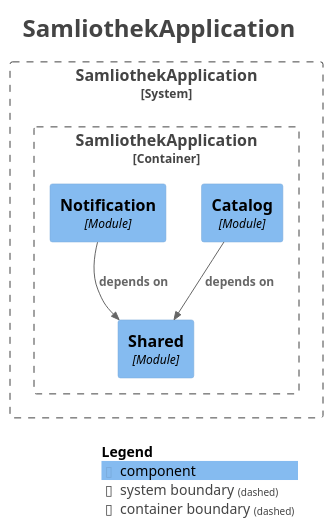
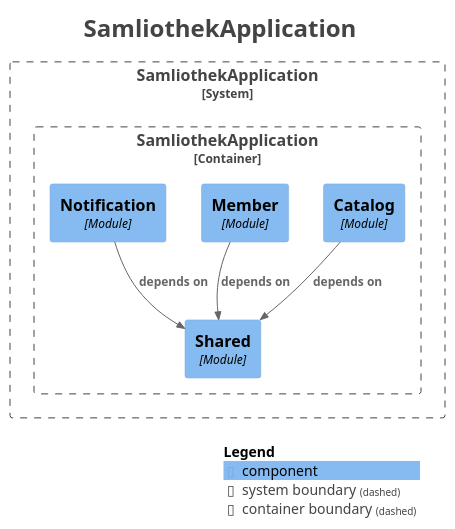
Before and after one commit to samin-z/samliothek: the diagram in docs/modulith/components.puml, drawn with PlantUML. The commit also changed 7 other files, not shown here.

```diff
--- a/docs/modulith/components.puml
+++ b/docs/modulith/components.puml
@@ -1,32 +1,34 @@
 @startuml
 title <size:24>SamliothekApplication</size>
 
 set separator none
 top to bottom direction
 
 <style>
   root {
     BackgroundColor: #ffffff
     FontColor: #444444
   }
 </style>
 
 !include <C4/C4>
 !include <C4/C4_Context>
 !include <C4/C4_Component>
 
 System_Boundary("SamliothekApplication_boundary", "SamliothekApplication", $tags="") {
   Container_Boundary("SamliothekApplication.SamliothekApplication_boundary", "SamliothekApplication", $tags="") {
     Component(SamliothekApplication.SamliothekApplication.Shared, "Shared", $techn="Module", $descr="", $tags="", $link="")
     Component(SamliothekApplication.SamliothekApplication.Catalog, "Catalog", $techn="Module", $descr="", $tags="", $link="")
+    Component(SamliothekApplication.SamliothekApplication.Member, "Member", $techn="Module", $descr="", $tags="", $link="")
     Component(SamliothekApplication.SamliothekApplication.Notification, "Notification", $techn="Module", $descr="", $tags="", $link="")
   }
 
 }
 
+Rel(SamliothekApplication.SamliothekApplication.Notification, SamliothekApplication.SamliothekApplication.Shared, "depends on", $techn="", $tags="", $link="")
+Rel(SamliothekApplication.SamliothekApplication.Member, SamliothekApplication.SamliothekApplication.Shared, "depends on", $techn="", $tags="", $link="")
 Rel(SamliothekApplication.SamliothekApplication.Catalog, SamliothekApplication.SamliothekApplication.Shared, "depends on", $techn="", $tags="", $link="")
-Rel(SamliothekApplication.SamliothekApplication.Notification, SamliothekApplication.SamliothekApplication.Shared, "depends on", $techn="", $tags="", $link="")
 
 SHOW_LEGEND(true)
 hide stereotypes
 @enduml
```
